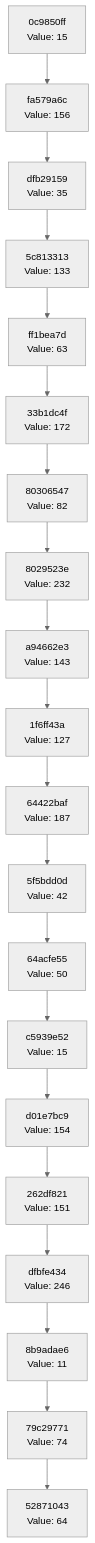
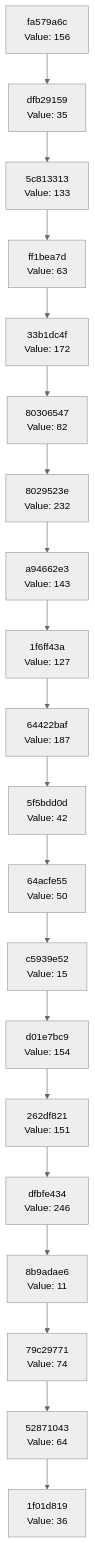
The diagram in docs/CHAIN_VISUALIZATION.md (Abhisheksinha1506/hash-chain-evolver), drawn with Mermaid (neutral theme) before and after one commit. The commit also changed 2 other files, not shown here.

Commit message:
Evolution step: hash 0x24 → action executed

````diff
--- a/docs/CHAIN_VISUALIZATION.md
+++ b/docs/CHAIN_VISUALIZATION.md
@@ -3,42 +3,42 @@
 ```mermaid
 graph TD
-    C0["52871043<br/>Value: 64"]
-    C1["79c29771<br/>Value: 74"]
+    C0["1f01d819<br/>Value: 36"]
+    C1["52871043<br/>Value: 64"]
     C1 --> C0
-    C2["8b9adae6<br/>Value: 11"]
+    C2["79c29771<br/>Value: 74"]
     C2 --> C1
-    C3["dfbfe434<br/>Value: 246"]
+    C3["8b9adae6<br/>Value: 11"]
     C3 --> C2
-    C4["262df821<br/>Value: 151"]
+    C4["dfbfe434<br/>Value: 246"]
     C4 --> C3
-    C5["d01e7bc9<br/>Value: 154"]
+    C5["262df821<br/>Value: 151"]
     C5 --> C4
-    C6["c5939e52<br/>Value: 15"]
+    C6["d01e7bc9<br/>Value: 154"]
     C6 --> C5
-    C7["64acfe55<br/>Value: 50"]
+    C7["c5939e52<br/>Value: 15"]
     C7 --> C6
-    C8["5f5bdd0d<br/>Value: 42"]
+    C8["64acfe55<br/>Value: 50"]
     C8 --> C7
-    C9["64422baf<br/>Value: 187"]
+    C9["5f5bdd0d<br/>Value: 42"]
     C9 --> C8
-    C10["1f6ff43a<br/>Value: 127"]
+    C10["64422baf<br/>Value: 187"]
     C10 --> C9
-    C11["a94662e3<br/>Value: 143"]
+    C11["1f6ff43a<br/>Value: 127"]
     C11 --> C10
-    C12["8029523e<br/>Value: 232"]
+    C12["a94662e3<br/>Value: 143"]
     C12 --> C11
-    C13["80306547<br/>Value: 82"]
+    C13["8029523e<br/>Value: 232"]
     C13 --> C12
-    C14["33b1dc4f<br/>Value: 172"]
+    C14["80306547<br/>Value: 82"]
     C14 --> C13
-    C15["ff1bea7d<br/>Value: 63"]
+    C15["33b1dc4f<br/>Value: 172"]
     C15 --> C14
-    C16["5c813313<br/>Value: 133"]
+    C16["ff1bea7d<br/>Value: 63"]
     C16 --> C15
-    C17["dfb29159<br/>Value: 35"]
+    C17["5c813313<br/>Value: 133"]
     C17 --> C16
-    C18["fa579a6c<br/>Value: 156"]
+    C18["dfb29159<br/>Value: 35"]
     C18 --> C17
-    C19["0c9850ff<br/>Value: 15"]
+    C19["fa579a6c<br/>Value: 156"]
     C19 --> C18
 ```
````
